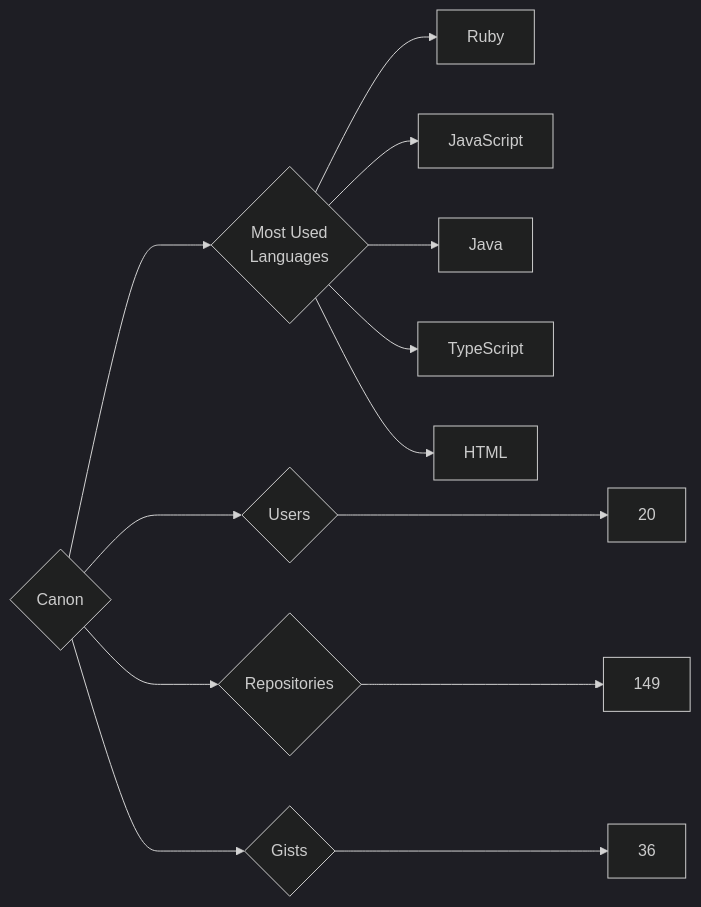
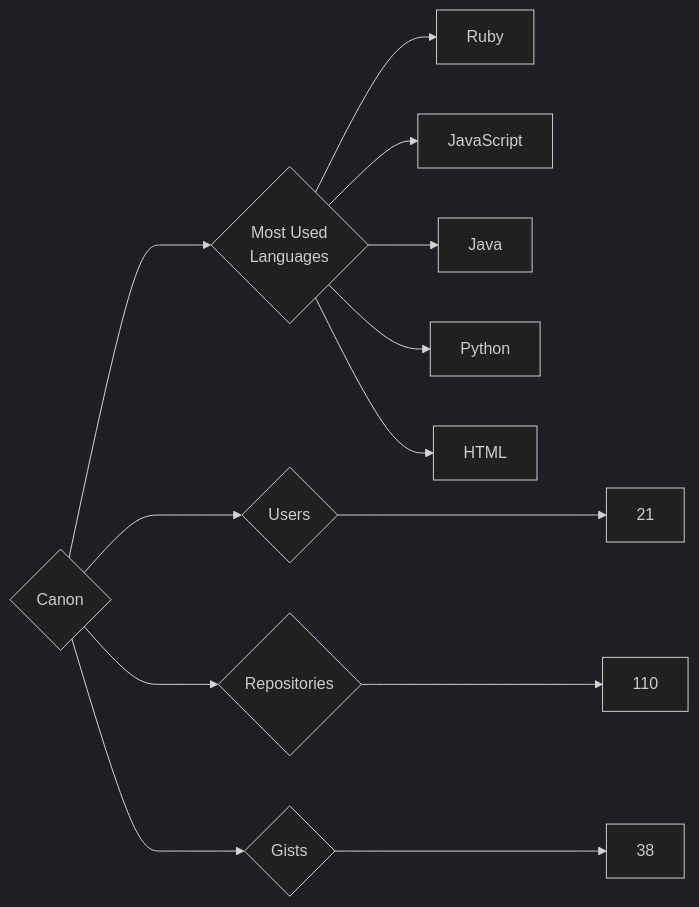
The diagram in targets/Canon/README.md (trickest/insiders), drawn with Mermaid (dark theme) before and after one commit. The commit also changed 1084 other files, not shown here.

````diff
--- a/targets/Canon/README.md
+++ b/targets/Canon/README.md
@@ -3,13 +3,13 @@
 ```mermaid
 graph LR
 COMPANY_NAME{Canon}
-COMPANY_NAME ---> U{Users} ---> UN[20]
-COMPANY_NAME ---> R{Repositories} ---> RN[149]
-COMPANY_NAME ---> G{Gists} ---> GN[36]
+COMPANY_NAME ---> U{Users} ---> UN[21]
+COMPANY_NAME ---> R{Repositories} ---> RN[110]
+COMPANY_NAME ---> G{Gists} ---> GN[38]
 COMPANY_NAME ---> ML{Most Used<br>Languages}
 ML --> Ruby[Ruby]
 ML --> JavaScript[JavaScript]
 ML --> Java[Java]
-ML --> TypeScript[TypeScript]
+ML --> Python[Python]
 ML --> HTML[HTML]
 ```
````
